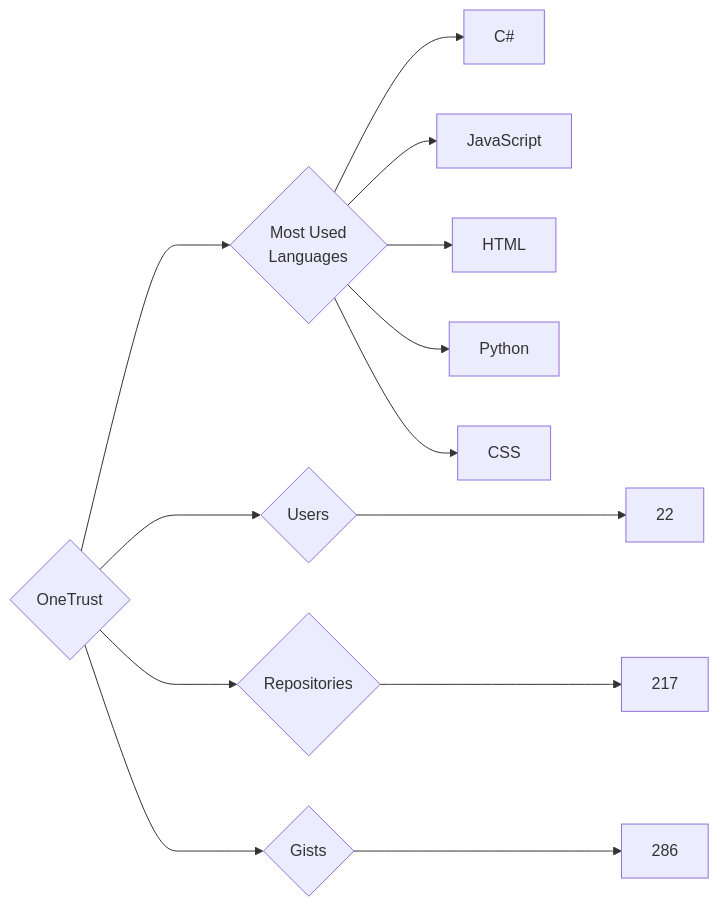
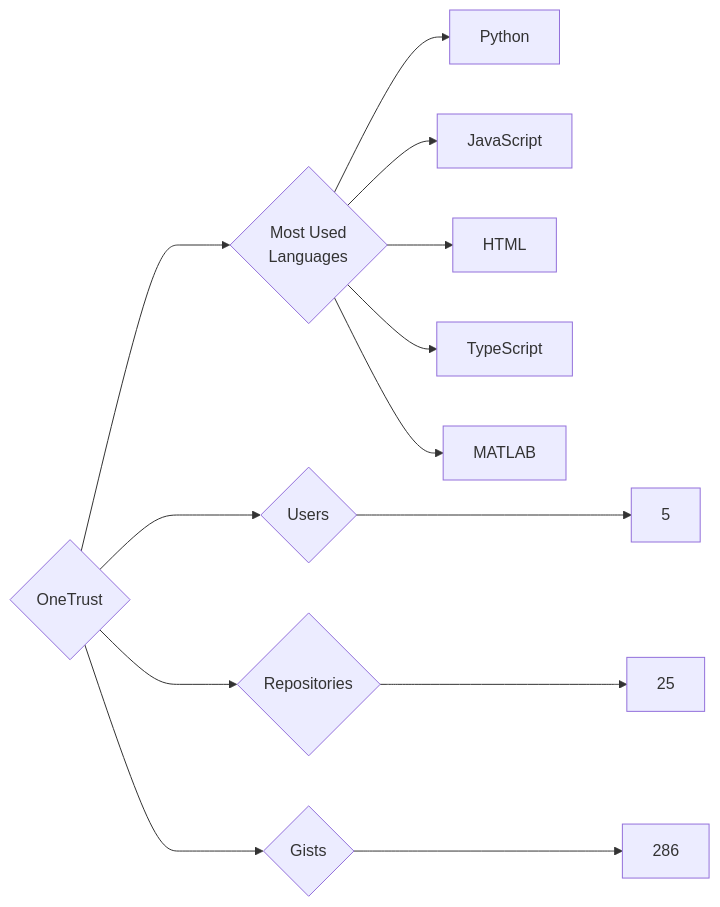
One commit to trickest/insiders changed the diagram in targets/OneTrust/README.md. Above: the diagram before and after it, drawn with Mermaid. The commit also changed 870 other files, not shown here.

````diff
--- a/targets/OneTrust/README.md
+++ b/targets/OneTrust/README.md
@@ -3,13 +3,13 @@
 ```mermaid
 graph LR
 COMPANY_NAME{OneTrust}
-COMPANY_NAME ---> U{Users} ---> UN[22]
-COMPANY_NAME ---> R{Repositories} ---> RN[217]
+COMPANY_NAME ---> U{Users} ---> UN[5]
+COMPANY_NAME ---> R{Repositories} ---> RN[25]
 COMPANY_NAME ---> G{Gists} ---> GN[286]
 COMPANY_NAME ---> ML{Most Used<br>Languages}
-ML --> C#[C#]
+ML --> Python[Python]
 ML --> JavaScript[JavaScript]
 ML --> HTML[HTML]
-ML --> Python[Python]
-ML --> CSS[CSS]
+ML --> TypeScript[TypeScript]
+ML --> MATLAB[MATLAB]
 ```
````
